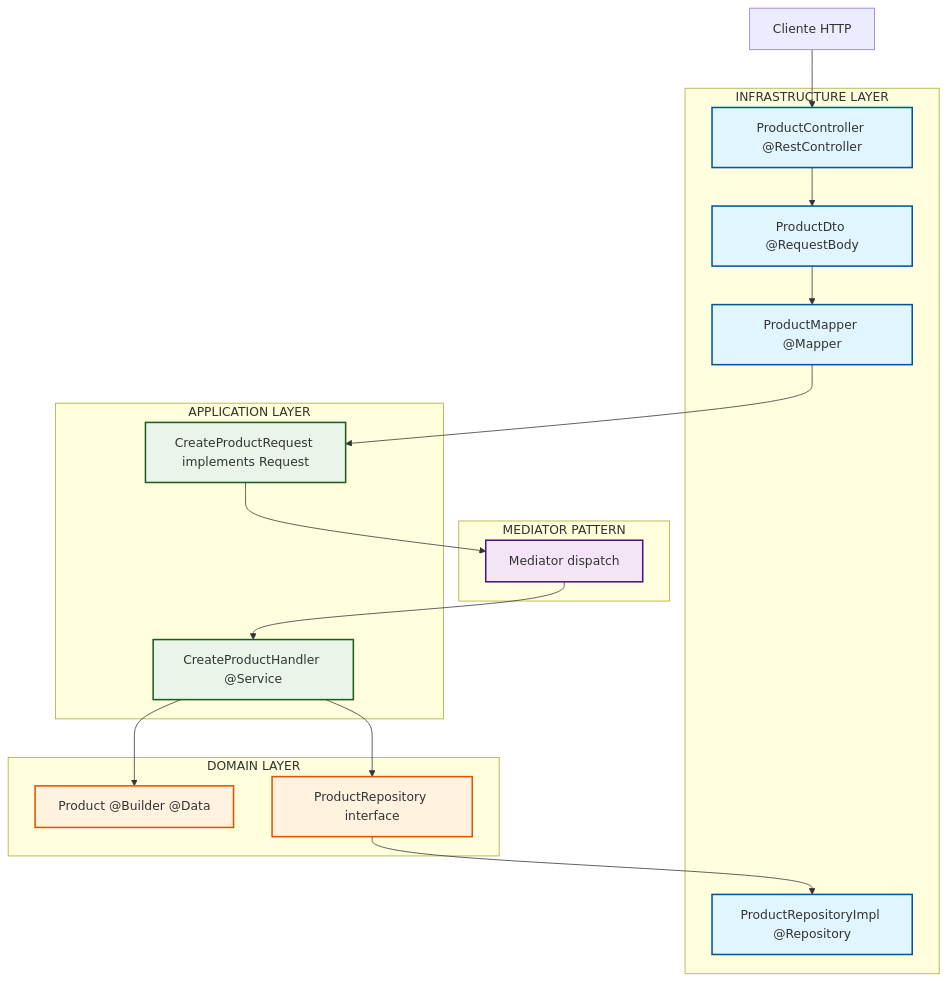
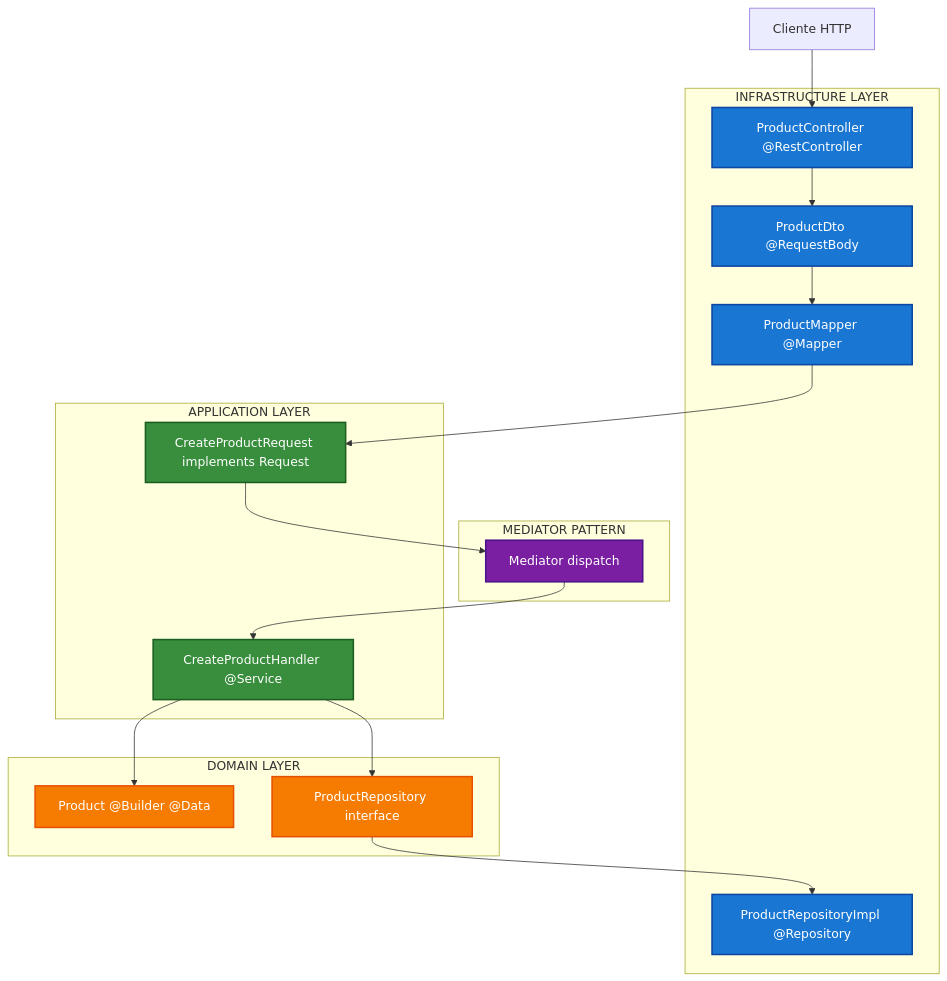
The diagram in README.md (JavMB/products-api), drawn with Mermaid before and after one commit.

Commit message:
docs: update README.md to improve clarity of architecture diagram and component annotations

````diff
--- a/README.md
+++ b/README.md
@@ -9,44 +9,44 @@
 ```mermaid
 graph TD
     Client[Cliente HTTP] --> API
 
     subgraph Infrastructure[INFRASTRUCTURE LAYER]
         API[ProductController @RestController]
         DTO[ProductDto @RequestBody]
         Mapper[ProductMapper @Mapper]
         RepoImpl[ProductRepositoryImpl @Repository]
     end
 
     subgraph MediatorLayer[MEDIATOR PATTERN]
         MED[Mediator dispatch]
     end
 
     subgraph Application[APPLICATION LAYER]
         Handler[CreateProductHandler @Service]
         Request[CreateProductRequest implements Request]
     end
 
     subgraph Domain[DOMAIN LAYER]
         Product[Product @Builder @Data]
         Repository[ProductRepository interface]
     end
 
     API --> DTO
     DTO --> Mapper
     Mapper --> Request
     Request --> MED
     MED --> Handler
     Handler --> Product
     Handler --> Repository
     Repository --> RepoImpl
 
-    classDef infrastructure fill:#e1f5fe,stroke:#01579b,stroke-width:2px
-    classDef mediator fill:#f3e5f5,stroke:#4a148c,stroke-width:2px
-    classDef application fill:#e8f5e8,stroke:#1b5e20,stroke-width:2px
-    classDef domain fill:#fff3e0,stroke:#e65100,stroke-width:2px
+    classDef infrastructure fill:#1976d2,stroke:#0d47a1,stroke-width:2px,color:#ffffff
+    classDef mediator fill:#7b1fa2,stroke:#4a148c,stroke-width:2px,color:#ffffff
+    classDef application fill:#388e3c,stroke:#1b5e20,stroke-width:2px,color:#ffffff
+    classDef domain fill:#f57c00,stroke:#e65100,stroke-width:2px,color:#ffffff
 
     class API,DTO,Mapper,RepoImpl infrastructure
     class MED mediator
     class Handler,Request application
     class Product,Repository domain
 ```
````
